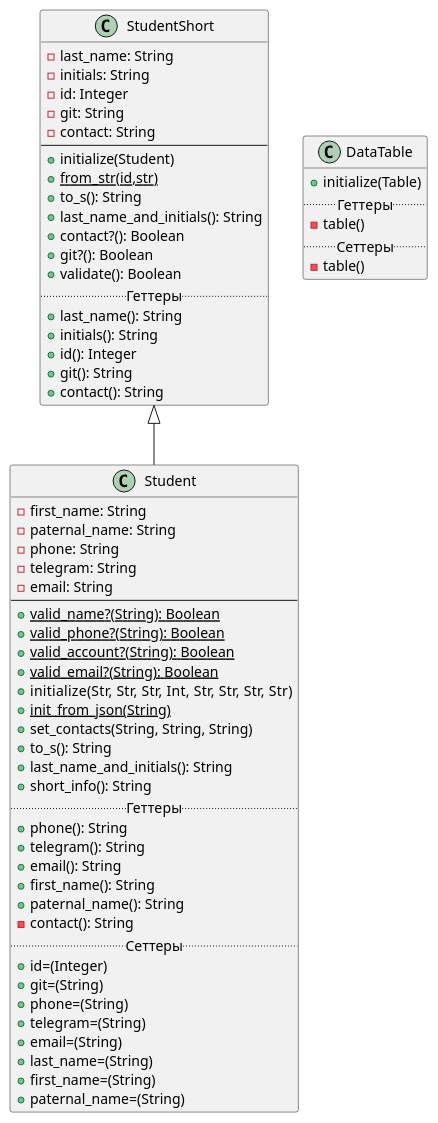
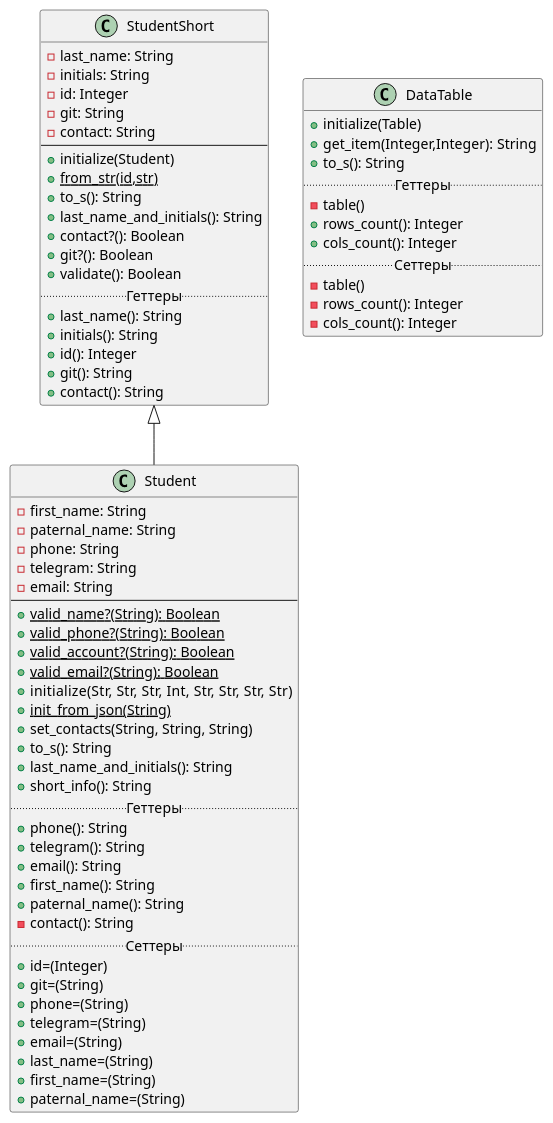
Before and after one commit to waasabi13/ruby_labs: the diagram in Diagrams/class_diagram_lab2.puml, drawn with PlantUML. The commit also changed 3 other files, not shown here.

Commit message:
реализация методов, позволяющих получить элемент по номеру строки, столбца. отражение изменений в диаграмме классов

```diff
--- a/Diagrams/class_diagram_lab2.puml
+++ b/Diagrams/class_diagram_lab2.puml
@@ -1,72 +1,77 @@
 @startuml
 'https://plantuml.com/class-diagram
 
 class StudentShort
 {
     -last_name: String
     -initials: String
     -id: Integer
     -git: String
     -contact: String
 --
     +initialize(Student)
     +{static}from_str(id,str)
     +to_s(): String
     +last_name_and_initials(): String
     +contact?(): Boolean
     +git?(): Boolean
     +validate(): Boolean
 .. Геттеры ..
     +last_name(): String
     +initials(): String
     +id(): Integer
     +git(): String
     +contact(): String
 }
 
 class Student extends StudentShort {
     -first_name: String
     -paternal_name: String
     -phone: String
     -telegram: String
     -email: String
 --
     +{static}valid_name?(String): Boolean
     +{static}valid_phone?(String): Boolean
     +{static}valid_account?(String): Boolean
     +{static}valid_email?(String): Boolean
     +initialize(Str, Str, Str, Int, Str, Str, Str, Str)
     +{static}init_from_json(String)
     +set_contacts(String, String, String)
     +to_s(): String
     +last_name_and_initials(): String
     +short_info(): String
     .. Геттеры ..
     +phone(): String
     +telegram(): String
     +email(): String
     +first_name(): String
     +paternal_name(): String
     -contact(): String
     .. Сеттеры ..
     +id=(Integer)
     +git=(String)
     +phone=(String)
     +telegram=(String)
     +email=(String)
     +last_name=(String)
     +first_name=(String)
     +paternal_name=(String)
 }
 
 
 class DataTable
 {
-+initialize(Table)
-..Геттеры..
--table()
-..Сеттеры..
--table()
+    +initialize(Table)
+    +get_item(Integer,Integer): String
+    +to_s(): String
+    ..Геттеры..
+    -table()
+    +rows_count(): Integer
+    +cols_count(): Integer
+    ..Сеттеры..
+    -table()
+    -rows_count(): Integer
+    -cols_count(): Integer
 }
-
 @enduml
```
